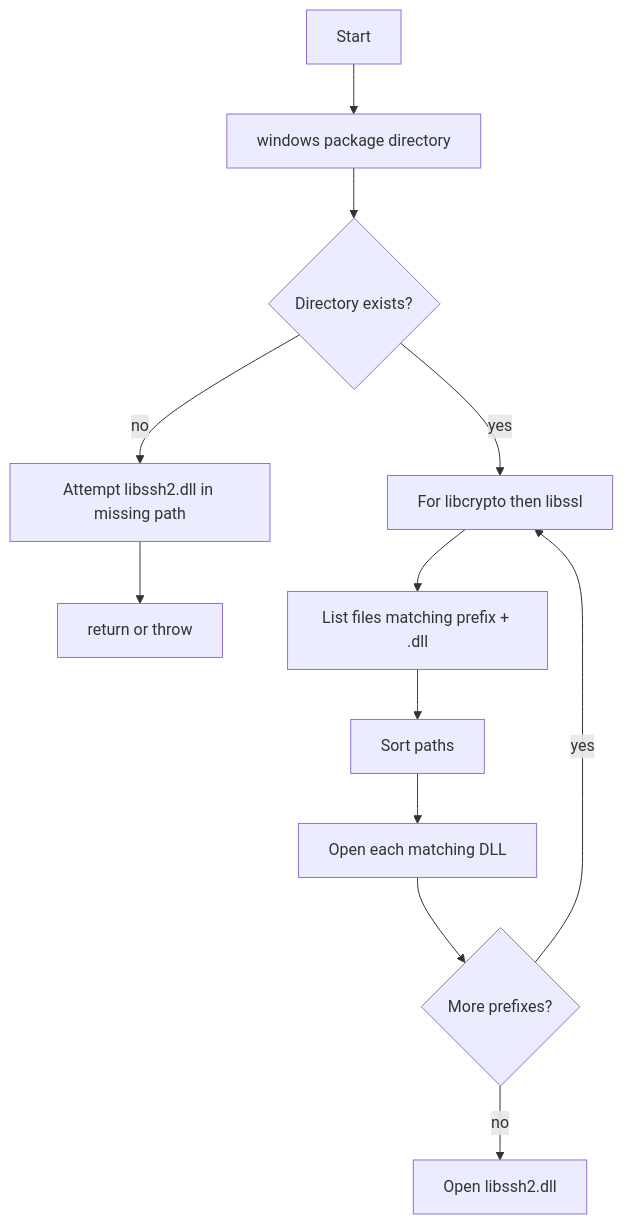
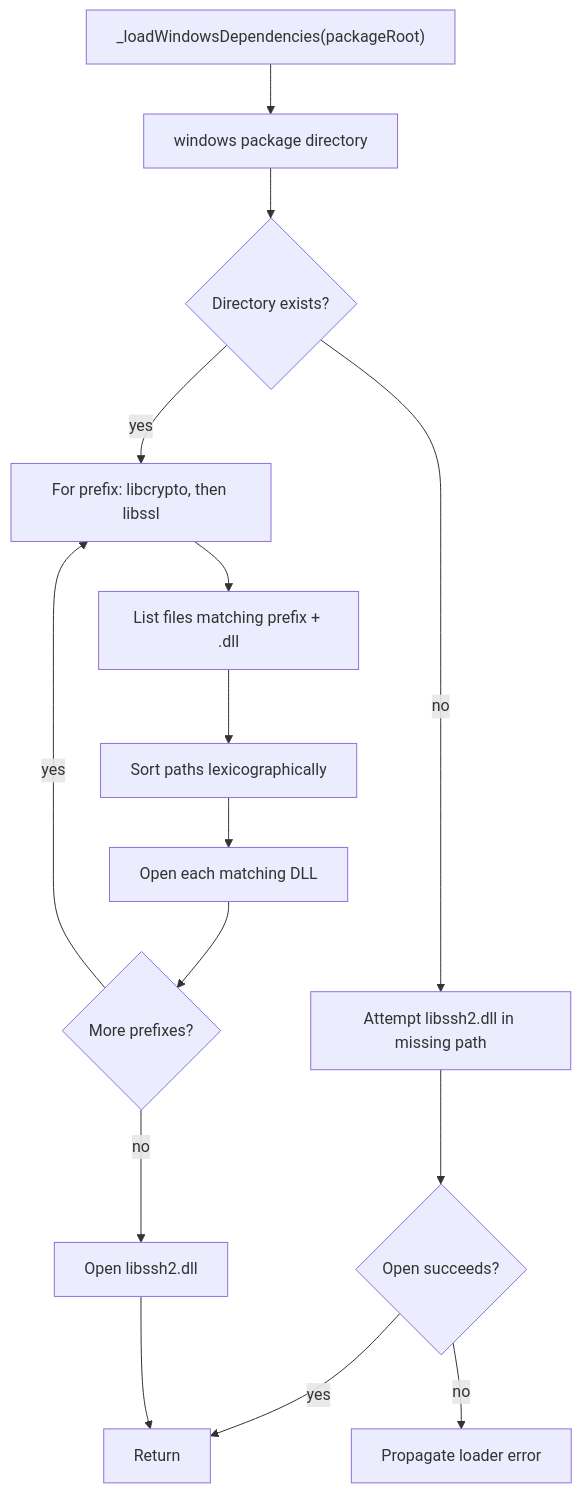
Before and after one commit to DartGit-dev/git2dart_binaries: the diagram in .reversa/_reversa_sdd/flowcharts/native-loader-lifecycle-windows-dependencies.md, drawn with Mermaid. The commit also changed other lines of this file and 250 other files, not shown here.

````diff
--- a/.reversa/_reversa_sdd/flowcharts/native-loader-lifecycle-windows-dependencies.md
+++ b/.reversa/_reversa_sdd/flowcharts/native-loader-lifecycle-windows-dependencies.md
@@ -3,13 +3,16 @@
 ```mermaid
 flowchart TD
-  Start --> Dir["windows package directory"]
+  Start["_loadWindowsDependencies(packageRoot)"] --> Dir["windows package directory"]
   Dir --> Exists{"Directory exists?"}
-  Exists -- no --> Missing["Attempt libssh2.dll in missing path"] --> Return["return or throw"]
-  Exists -- yes --> Prefix["For libcrypto then libssl"]
+  Exists -- no --> Missing["Attempt libssh2.dll in missing path"] --> MissingResult{"Open succeeds?"}
+  MissingResult -- yes --> Return["Return"]
+  MissingResult -- no --> Throw["Propagate loader error"]
+  Exists -- yes --> Prefix["For prefix: libcrypto, then libssl"]
   Prefix --> List["List files matching prefix + .dll"]
-  List --> Sort["Sort paths"]
+  List --> Sort["Sort paths lexicographically"]
   Sort --> OpenEach["Open each matching DLL"]
   OpenEach --> Next{"More prefixes?"}
   Next -- yes --> Prefix
   Next -- no --> SSH["Open libssh2.dll"]
+  SSH --> Return
 ```
````
